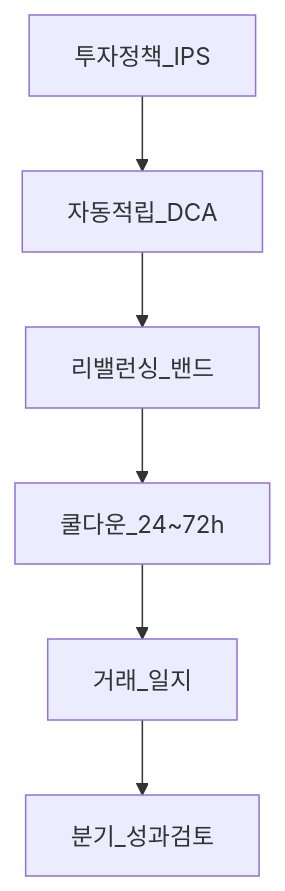
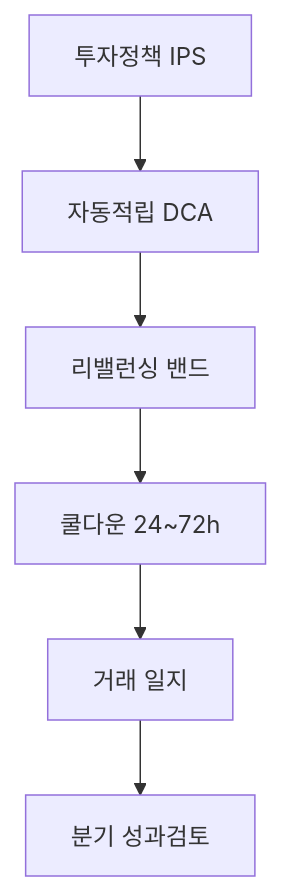
Before and after one commit to goldanghenry/Finances: the third of 13 diagrams in 05-behavioral/behavioral-finance-complete.md, drawn with Mermaid. The commit also changed other lines of this file and 211 other files, not shown here.

````diff
--- a/05-behavioral/behavioral-finance-complete.md
+++ b/05-behavioral/behavioral-finance-complete.md
@@ -144,8 +147,8 @@
 ```mermaid
 flowchart TB
-  IPS[투자정책_IPS] --> Auto[자동적립_DCA]
-  Auto --> Band[리밸런싱_밴드]
-  Band --> Cool[쿨다운_24~72h]
-  Cool --> Log[거래_일지]
-  Log --> Review[분기_성과검토]
+  IPS["투자정책 IPS"] --> Auto["자동적립 DCA"]
+  Auto --> Band["리밸런싱 밴드"]
+  Band --> Cool["쿨다운 24~72h"]
+  Cool --> Log["거래 일지"]
+  Log --> Review["분기 성과검토"]
 ```
````
